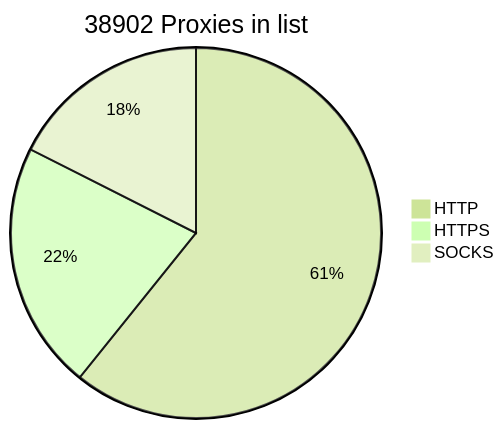
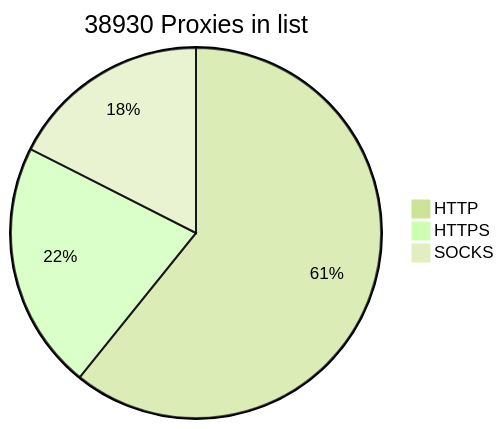
Before and after one commit to BlackSnowDot/proxylist-update-every-minute: the diagram in README.md, drawn with Mermaid (forest theme).

````diff
--- a/README.md
+++ b/README.md
@@ -2,6 +2,6 @@
 ```mermaid
-pie title 38902 Proxies in list
-    "HTTP" : 27692
-    "HTTPS": 9870
+pie title 38930 Proxies in list
+    "HTTP" : 27716
+    "HTTPS": 9877
     "SOCKS" : 7995
 ```
````
